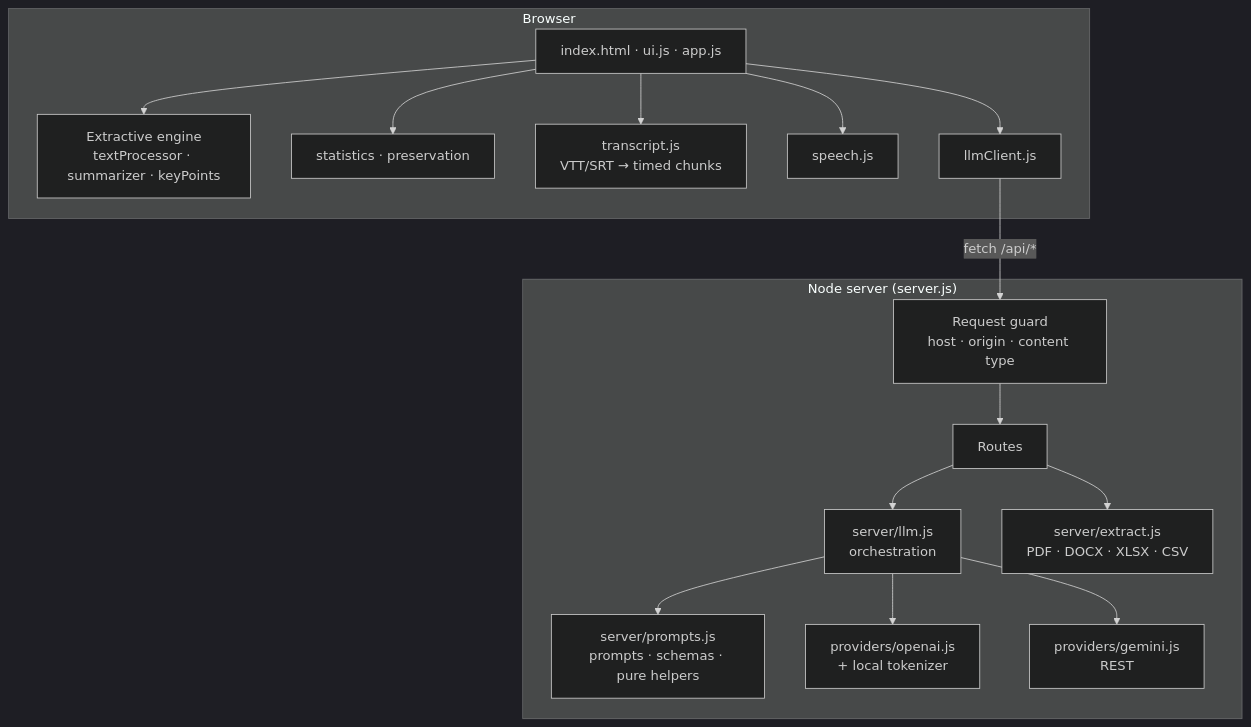
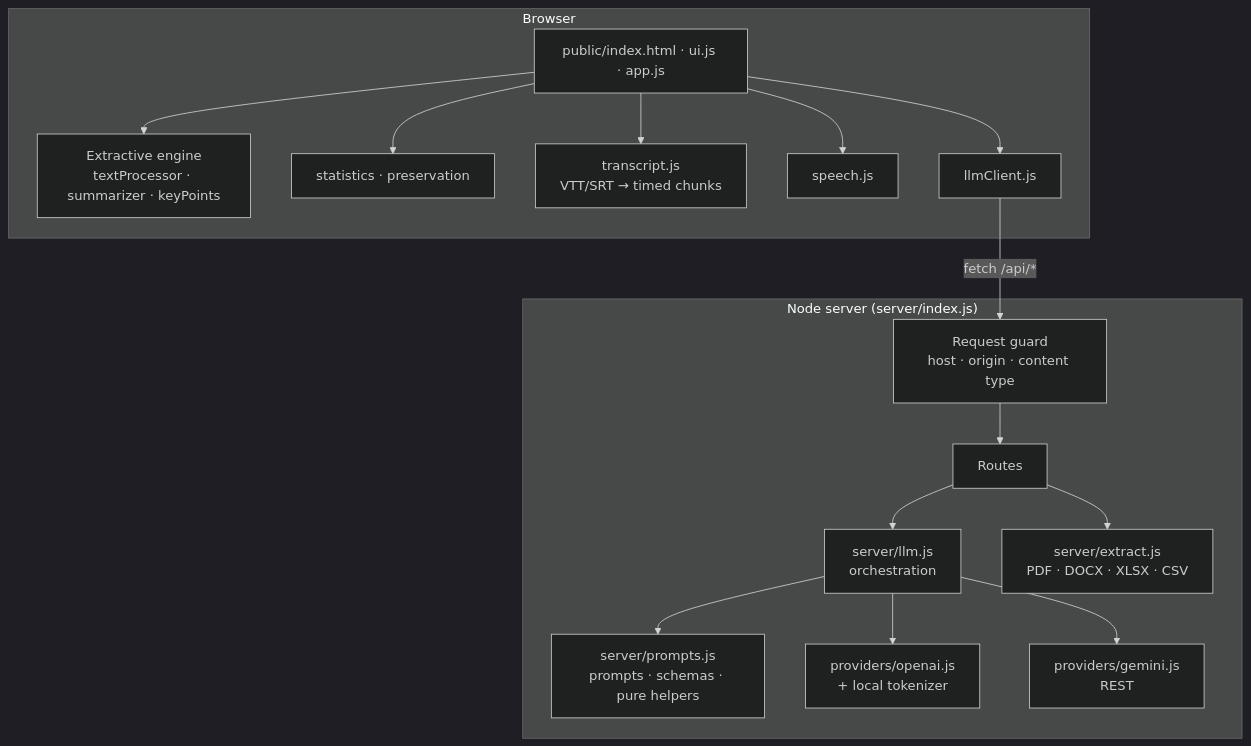
One commit to aiwithpranav/AI-Context-Compression-Lab changed the second of 3 diagrams in docs/ARCHITECTURE.md. Above: the diagram before and after it, drawn with Mermaid (dark theme). The commit also changed other lines of this file and 27 other files, not shown here.

First line of the commit message:
refactor: separate browser files (public/) from the server (server/index.js)

````diff
--- a/docs/ARCHITECTURE.md
+++ b/docs/ARCHITECTURE.md
@@ -19,25 +19,25 @@
 ```mermaid
 flowchart TB
     subgraph Browser
-        UI[index.html · ui.js · app.js]
+        UI[public/index.html · ui.js · app.js]
         EXT[Extractive engine<br/>textProcessor · summarizer · keyPoints]
         MET[statistics · preservation]
         TR[transcript.js<br/>VTT/SRT → timed chunks]
         SP[speech.js]
         CL[llmClient.js]
     end
-    subgraph Server["Node server (server.js)"]
+    subgraph Server["Node server (server/index.js)"]
         GUARD[Request guard<br/>host · origin · content type]
         ROUTES[Routes]
         LLM[server/llm.js<br/>orchestration]
         PR[server/prompts.js<br/>prompts · schemas · pure helpers]
         OP[providers/openai.js<br/>+ local tokenizer]
         GP[providers/gemini.js<br/>REST]
         EX[server/extract.js<br/>PDF · DOCX · XLSX · CSV]
     end
     UI --> EXT & MET & TR & SP
     UI --> CL -->|fetch /api/*| GUARD --> ROUTES
     ROUTES --> LLM --> PR
     LLM --> OP & GP
     ROUTES --> EX
 ```
````
